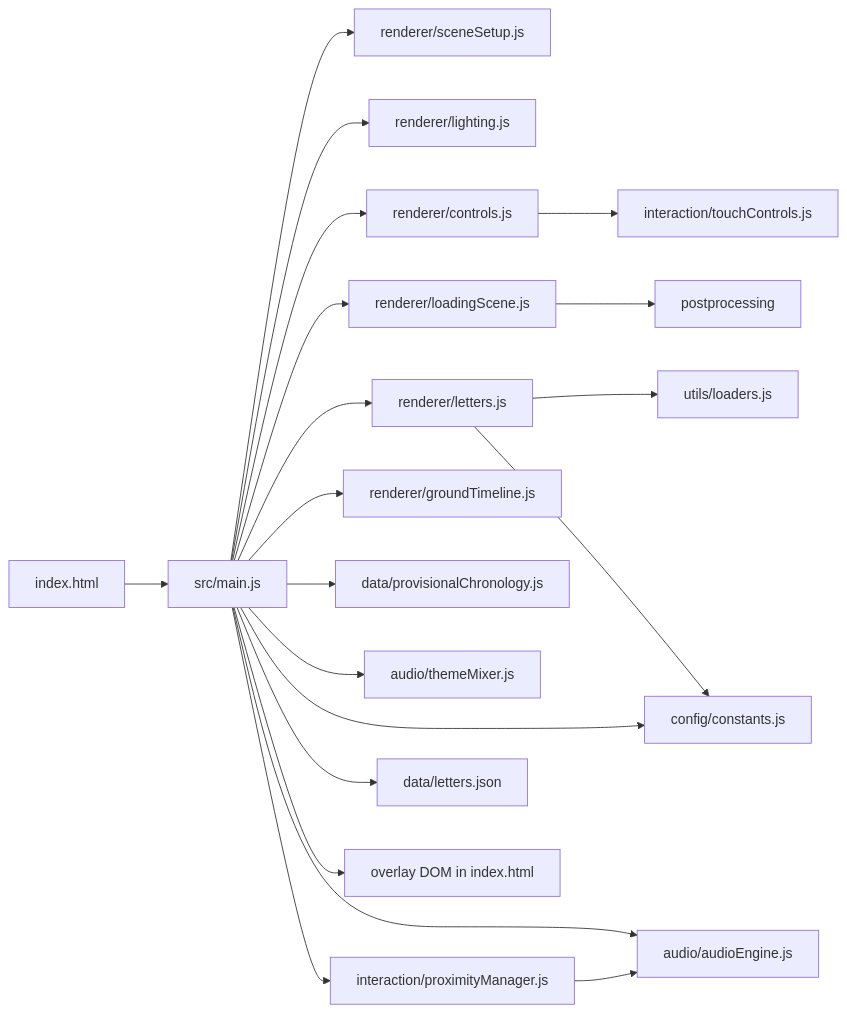
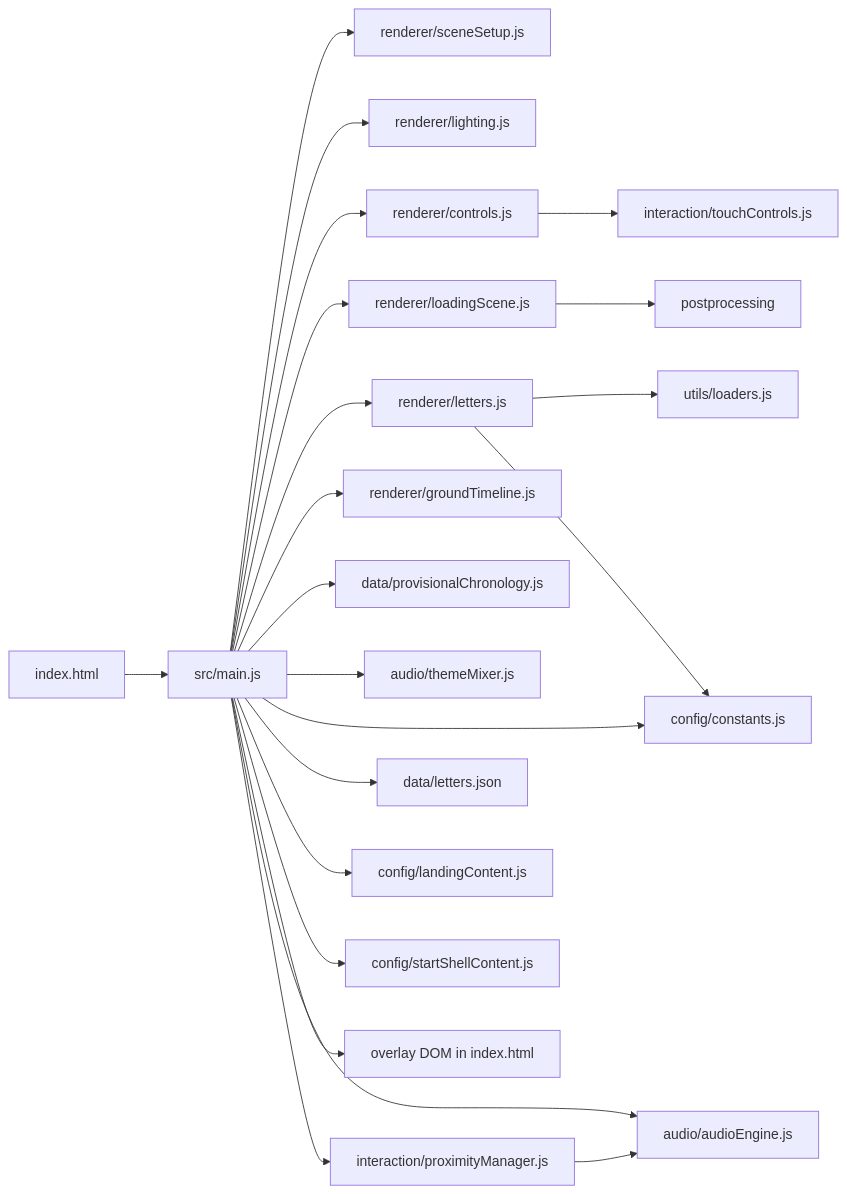
Before and after one commit to amrayach/house-of-letters: the diagram in docs/agents/shared/01-architecture.md, drawn with Mermaid. The commit also changed other lines of this file and 19 other files, not shown here.

First line of the commit message:
Add landing page, spatial audio, sequential timeline, and zone atmosphere

````diff
--- a/docs/agents/shared/01-architecture.md
+++ b/docs/agents/shared/01-architecture.md
@@ -31,22 +31,24 @@
 ```mermaid
 flowchart LR
   HTML["index.html"] --> MAIN["src/main.js"]
   MAIN --> SCENE["renderer/sceneSetup.js"]
   MAIN --> LIGHT["renderer/lighting.js"]
   MAIN --> CTRL["renderer/controls.js"]
   CTRL --> TOUCH["interaction/touchControls.js"]
   MAIN --> LOADSCENE["renderer/loadingScene.js"]
   LOADSCENE --> POST["postprocessing"]
   MAIN --> LETTERS["renderer/letters.js"]
   LETTERS --> LOADERS["utils/loaders.js"]
   LETTERS --> CONST["config/constants.js"]
   MAIN --> GT["renderer/groundTimeline.js"]
   MAIN --> CHRONO["data/provisionalChronology.js"]
   MAIN --> AUDIO["audio/audioEngine.js"]
   MAIN --> MIXER["audio/themeMixer.js"]
   MAIN --> PROX["interaction/proximityManager.js"]
   PROX --> AUDIO
   MAIN --> DATA["data/letters.json"]
   MAIN --> CONST
+  MAIN --> LANDING["config/landingContent.js"]
+  MAIN --> STARTCFG["config/startShellContent.js"]
   MAIN --> DOM["overlay DOM in index.html"]
 ```
````
